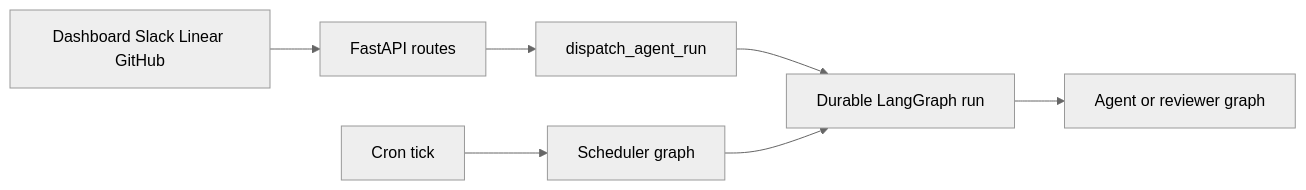
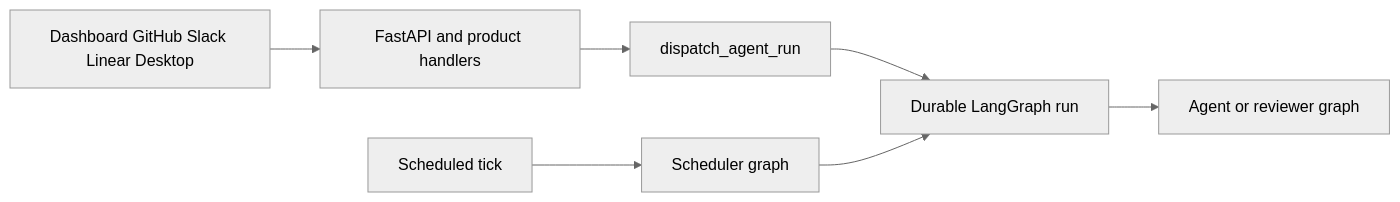
One commit to langchain-ai/open-swe changed the diagram in openwiki/quickstart.md. Above: the diagram before and after it, drawn with Mermaid (neutral theme). The commit also changed other lines of this file and 51 other files, not shown here.

````diff
--- a/openwiki/quickstart.md
+++ b/openwiki/quickstart.md
@@ -89,9 +95,9 @@
 ```mermaid
 flowchart LR
-    Trigger["Dashboard Slack Linear GitHub"] --> Api["FastAPI routes"]
+    Trigger["Dashboard GitHub Slack Linear Desktop"] --> Api["FastAPI and product handlers"]
     Api --> Dispatch["dispatch_agent_run"]
-    Dispatch --> Run["Durable LangGraph run"]
-    Run --> Agent["Agent or reviewer graph"]
-    Cron["Cron tick"] --> Scheduler["Scheduler graph"]
-    Scheduler --> Run
+    Dispatch --> Durable["Durable LangGraph run"]
+    Durable --> Graph["Agent or reviewer graph"]
+    Cron["Scheduled tick"] --> Scheduler["Scheduler graph"]
+    Scheduler --> Durable
 ```
````
